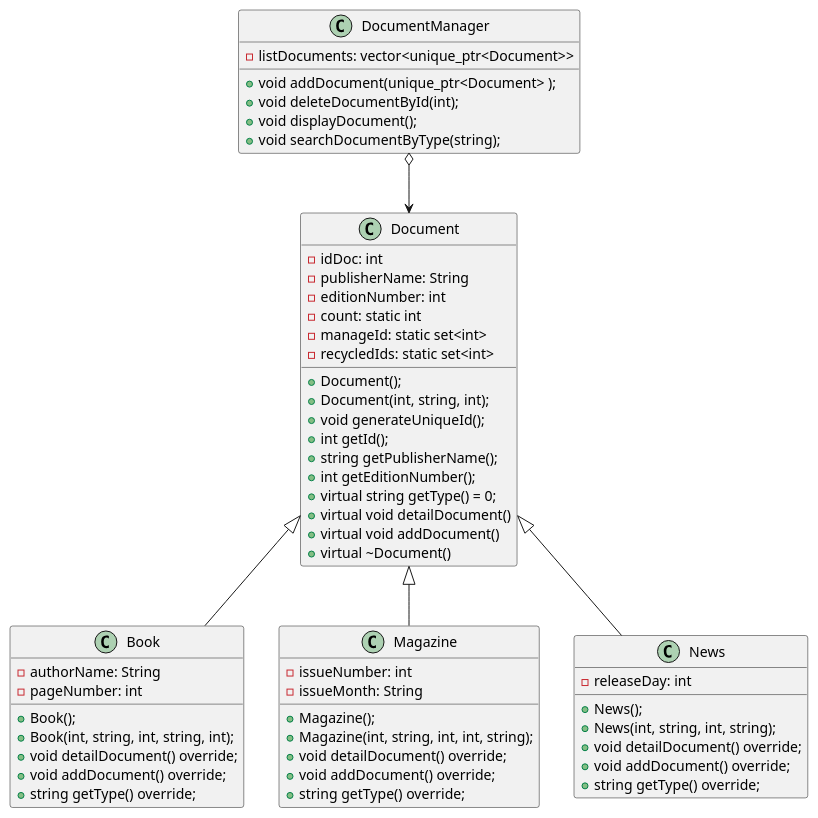
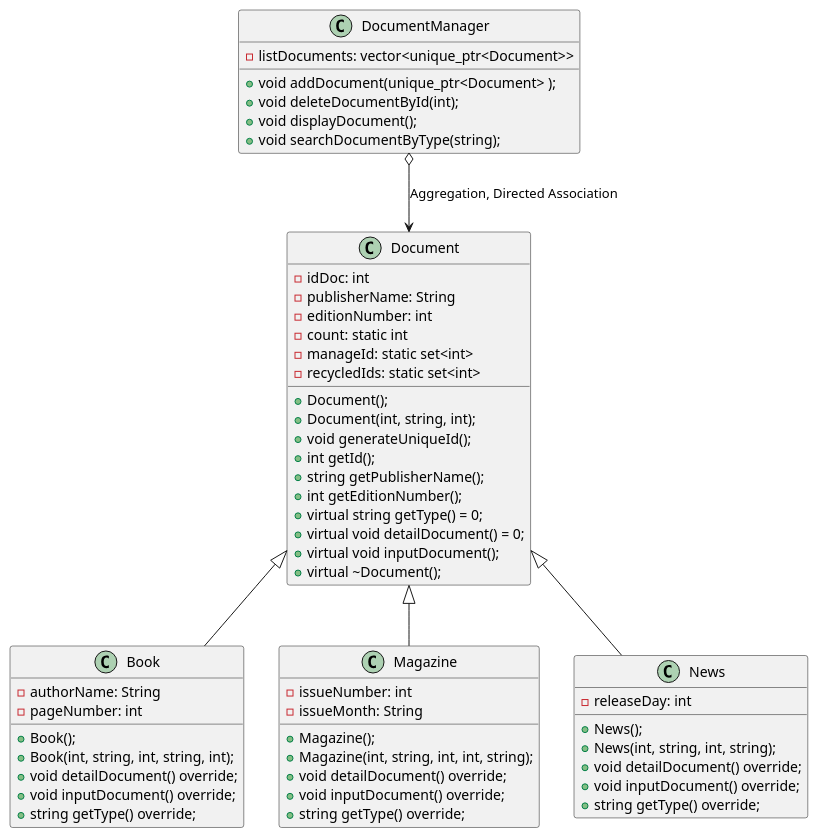
One commit to baobluebird/Basic-C-Cplusplus changed the diagram in .Assigment/OOP/ex2/diagram/diagram.wsd. Above: the diagram before and after it, drawn with PlantUML. The commit also changed 102 other files, not shown here.

Commit message:
fix diagram, fix use pointer

```diff
--- a/.Assigment/OOP/ex2/diagram/diagram.wsd
+++ b/.Assigment/OOP/ex2/diagram/diagram.wsd
@@ -1,63 +1,63 @@
 @startuml
 
 class Document{
   - idDoc: int
   - publisherName: String
   - editionNumber: int
   - count: static int
   - manageId: static set<int>
   - recycledIds: static set<int>
   + Document();
   + Document(int, string, int);
   + void generateUniqueId();
   + int getId();
   + string getPublisherName();
   + int getEditionNumber();
   + virtual string getType() = 0;
-  + virtual void detailDocument()
-  + virtual void addDocument()
-  + virtual ~Document()
+  + virtual void detailDocument() = 0;
+  + virtual void inputDocument();
+  + virtual ~Document();
 }
 
 class Book{
   - authorName: String
   - pageNumber: int
   + Book();
   + Book(int, string, int, string, int);
   + void detailDocument() override;
-  + void addDocument() override;
+  + void inputDocument() override;
   + string getType() override;
 }
 
 class Magazine{
   - issueNumber: int
   - issueMonth: String
   + Magazine();
   + Magazine(int, string, int, int, string);
   + void detailDocument() override;
-  + void addDocument() override;
+  + void inputDocument() override;
   + string getType() override;
 }
 
 class News{
   - releaseDay: int
   + News();
   + News(int, string, int, string);
   + void detailDocument() override;
-  + void addDocument() override;
+  + void inputDocument() override;
   + string getType() override;
 }
 
 class DocumentManager {
   - listDocuments: vector<unique_ptr<Document>>
   + void addDocument(unique_ptr<Document> );
   + void deleteDocumentById(int);
   + void displayDocument();
   + void searchDocumentByType(string);
 }
 
 Document <|-- Book
 Document <|-- Magazine
 Document <|-- News
-DocumentManager o--> Document
+DocumentManager o--> Document : Aggregation, Directed Association
 @enduml
```
